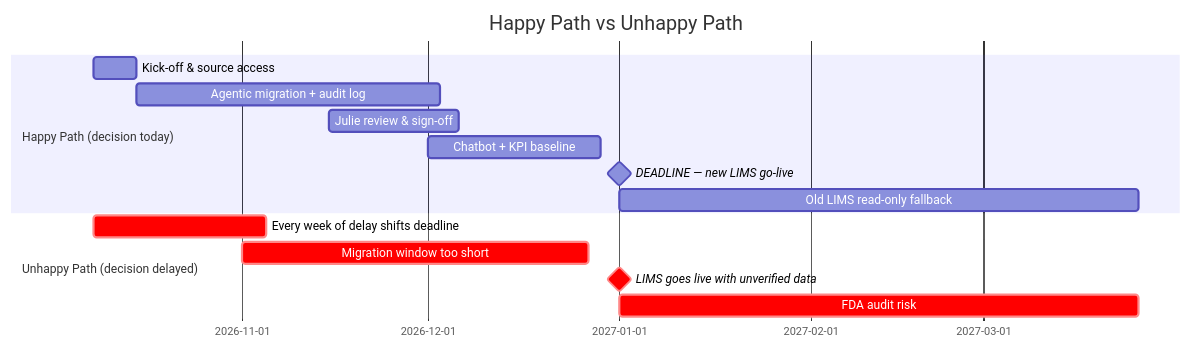
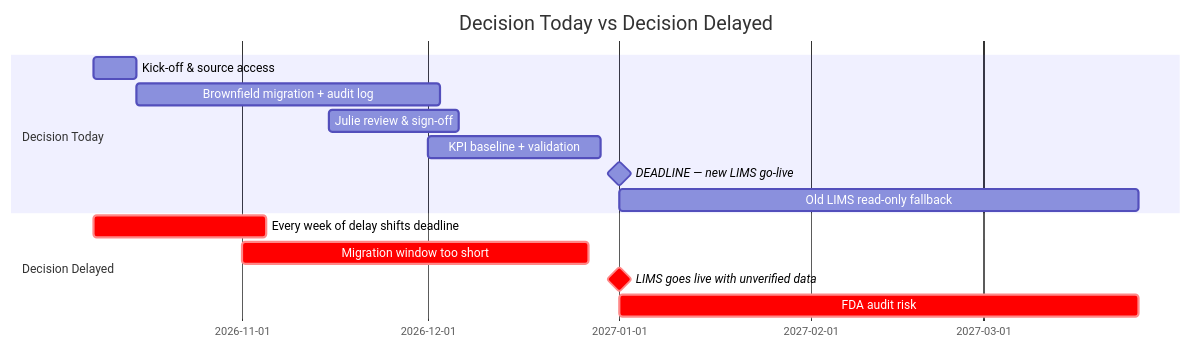
One commit to stefanoslucenae61/hackton_apopo changed the second of 2 diagrams in meeting-notes/poc-presentation-plan.md. Above: the diagram before and after it, drawn with Mermaid. The commit also changed other lines of this file, not shown here.

Commit message:
Update POC presentation plan: refine slide structure, clarify migration strategy, and enhance action items for FDA readiness.

````diff
--- a/meeting-notes/poc-presentation-plan.md
+++ b/meeting-notes/poc-presentation-plan.md
@@ -120,17 +133,17 @@
 ```mermaid
 gantt
-    title Happy Path vs Unhappy Path
+    title Decision Today vs Decision Delayed
     dateFormat  YYYY-MM-DD
-    section Happy Path (decision today)
+    section Decision Today
     Kick-off & source access           :h1a, 2026-10-08, 1w
-    Agentic migration + audit log      :h1b, 2026-10-15, 7w
+    Brownfield migration + audit log   :h1b, 2026-10-15, 7w
     Julie review & sign-off            :h1c, 2026-11-15, 3w
-    Chatbot + KPI baseline             :h1d, 2026-12-01, 4w
+    KPI baseline + validation          :h1d, 2026-12-01, 4w
     DEADLINE — new LIMS go-live        :milestone, 2027-01-01, 0d
     Old LIMS read-only fallback        :h1e, 2027-01-01, 12w
-    section Unhappy Path (decision delayed)
+    section Decision Delayed
     Every week of delay shifts deadline:crit, delay, 2026-10-08, 4w
     Migration window too short         :crit, 2026-11-01, 8w
     LIMS goes live with unverified data:milestone, crit, 2027-01-01, 0d
     FDA audit risk                     :crit, 2027-01-01, 12w
 ```
````
